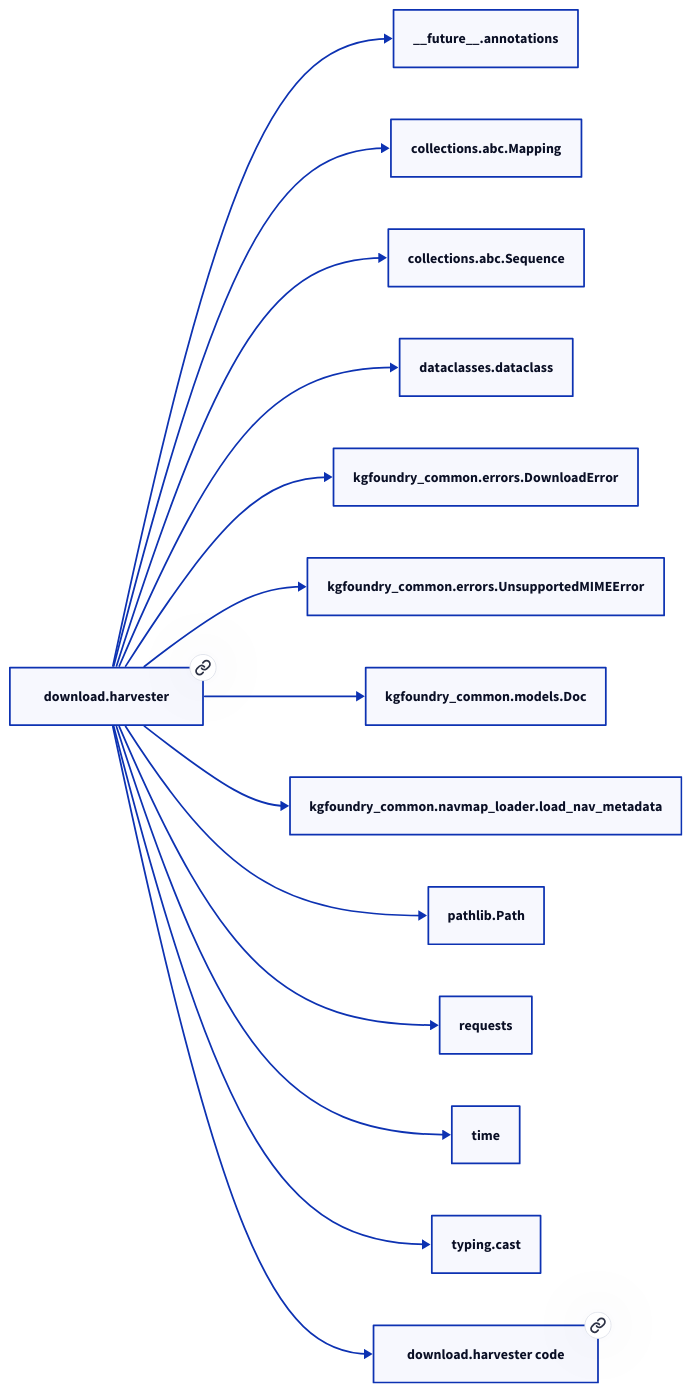
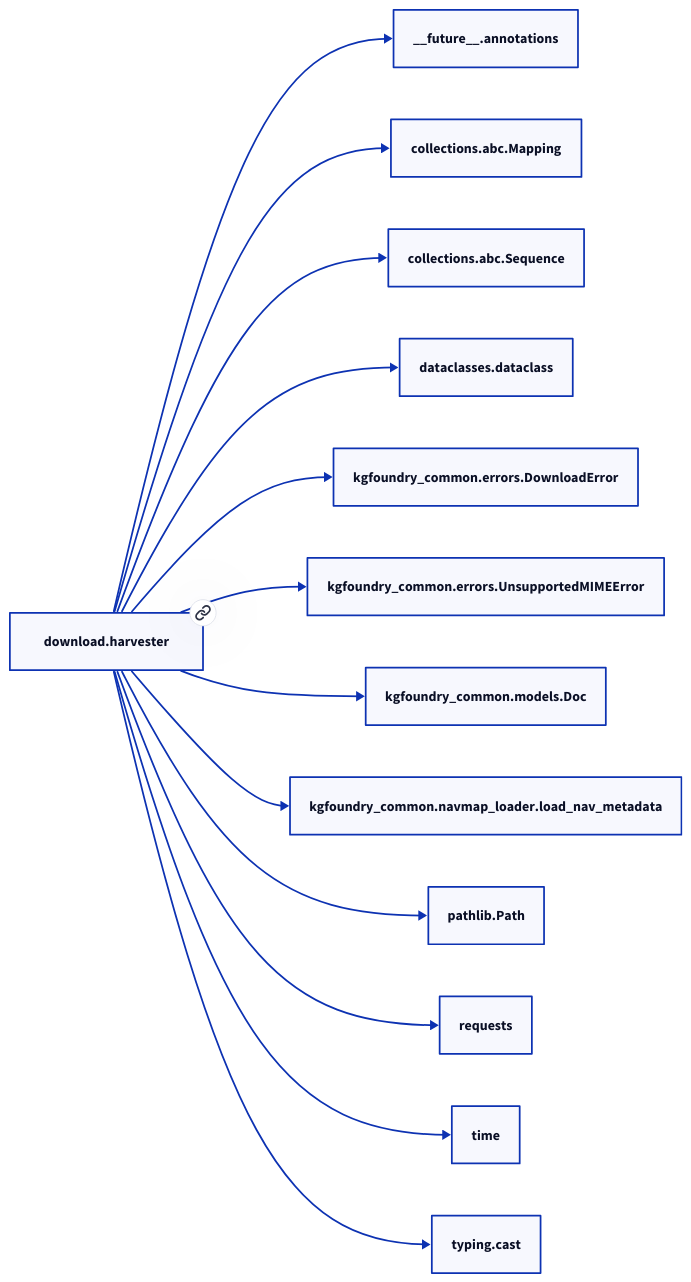
Before and after one commit to paul-heyse/kgforge: the second of 2 diagrams in docs/modules/download/harvester.md, drawn with D2. The commit also changed other lines of this file and 118 other files, not shown here.

````diff
--- a/docs/modules/download/harvester.md
+++ b/docs/modules/download/harvester.md
@@ -42,30 +40,28 @@
 ```d2
 direction: right
-"download.harvester": "download.harvester" { link: "./download/harvester.md" }
+"download.harvester": "download.harvester" { link: "harvester.md" }
 "__future__.annotations": "__future__.annotations"
 "download.harvester" -> "__future__.annotations"
 "collections.abc.Mapping": "collections.abc.Mapping"
 "download.harvester" -> "collections.abc.Mapping"
 "collections.abc.Sequence": "collections.abc.Sequence"
 "download.harvester" -> "collections.abc.Sequence"
 "dataclasses.dataclass": "dataclasses.dataclass"
 "download.harvester" -> "dataclasses.dataclass"
 "kgfoundry_common.errors.DownloadError": "kgfoundry_common.errors.DownloadError"
 "download.harvester" -> "kgfoundry_common.errors.DownloadError"
 "kgfoundry_common.errors.UnsupportedMIMEError": "kgfoundry_common.errors.UnsupportedMIMEError"
 "download.harvester" -> "kgfoundry_common.errors.UnsupportedMIMEError"
 "kgfoundry_common.models.Doc": "kgfoundry_common.models.Doc"
 "download.harvester" -> "kgfoundry_common.models.Doc"
 "kgfoundry_common.navmap_loader.load_nav_metadata": "kgfoundry_common.navmap_loader.load_nav_metadata"
 "download.harvester" -> "kgfoundry_common.navmap_loader.load_nav_metadata"
 "pathlib.Path": "pathlib.Path"
 "download.harvester" -> "pathlib.Path"
 "requests": "requests"
 "download.harvester" -> "requests"
 "time": "time"
 "download.harvester" -> "time"
 "typing.cast": "typing.cast"
 "download.harvester" -> "typing.cast"
-"download.harvester_code": "download.harvester code" { link: "https://github.com/kgfoundry/kgfoundry/blob/main/src/download/harvester.py" }
-"download.harvester" -> "download.harvester_code" { style: dashed }
 ```
````
